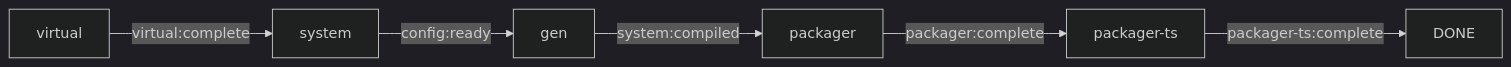
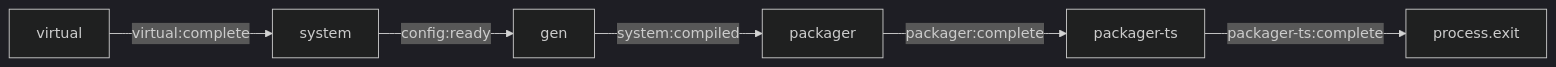
The diagram in packages/reference-core/src/cli/event-flow.md (reference-ui/reference-ui), drawn with Mermaid (dark theme) before and after one commit. The commit also changed other lines of this file and 17 other files, not shown here.

First line of the commit message:
refactor: transition to fully event-driven sync command architecture

````diff
--- a/packages/reference-core/src/cli/event-flow.md
+++ b/packages/reference-core/src/cli/event-flow.md
@@ -21,8 +29,8 @@
 ```mermaid
 flowchart LR
     V[virtual] -->|virtual:complete| S[system]
     S -->|config:ready| G[gen]
     G -->|system:compiled| P[packager]
     P -->|packager:complete| PT[packager-ts]
-    PT -->|packager-ts:complete| DONE
+    PT -->|packager-ts:complete| DONE[process.exit]
 ```
````
